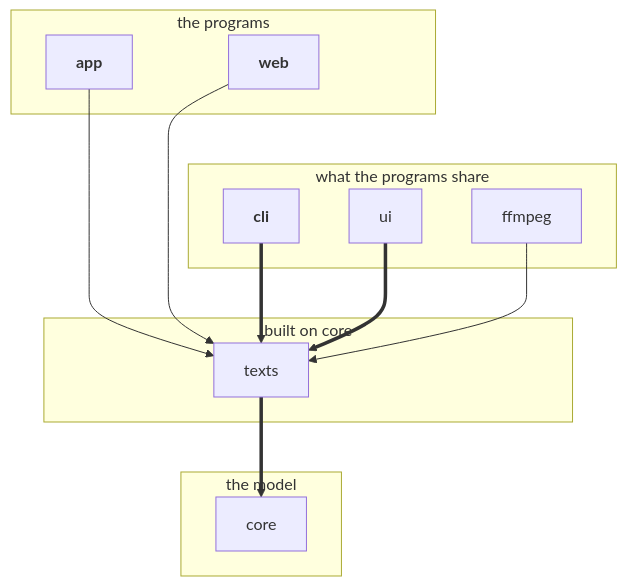
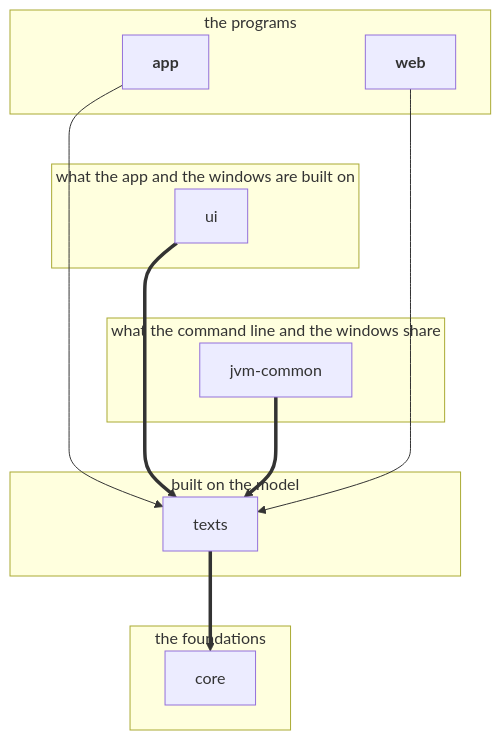
The second of 4 diagrams in docs/developing.md (loplex/sandbox_testing_repo_1), drawn with Mermaid before and after one commit. The commit also changed other lines of this file and 87 other files, not shown here.

````diff
--- a/docs/developing.md
+++ b/docs/developing.md
@@ -137,27 +150,28 @@
 ```mermaid
 graph TD
     subgraph programs [the programs]
+        app
         web
-        app
     end
-    subgraph shared [what the programs share]
+    subgraph frames [what the app and the windows are built on]
         ui
-        cli
-        ffmpeg
     end
-    subgraph base [built on core]
+    subgraph jvm [what the command line and the windows share]
+        jvm-common
+    end
+    subgraph services [built on the model]
         texts
     end
-    subgraph model [the model]
+    subgraph foundations [the foundations]
         core
     end
     app --> texts
     web --> texts
-    cli ==> texts
     ui ==> texts
-    ffmpeg --> texts
+    jvm-common ==> texts
     texts ==> core
-    programs ~~~ shared
+    programs ~~~ frames
+    frames ~~~ jvm
     classDef program font-weight:bold
-    class app,web,cli program
+    class app,web program
 ```
````
